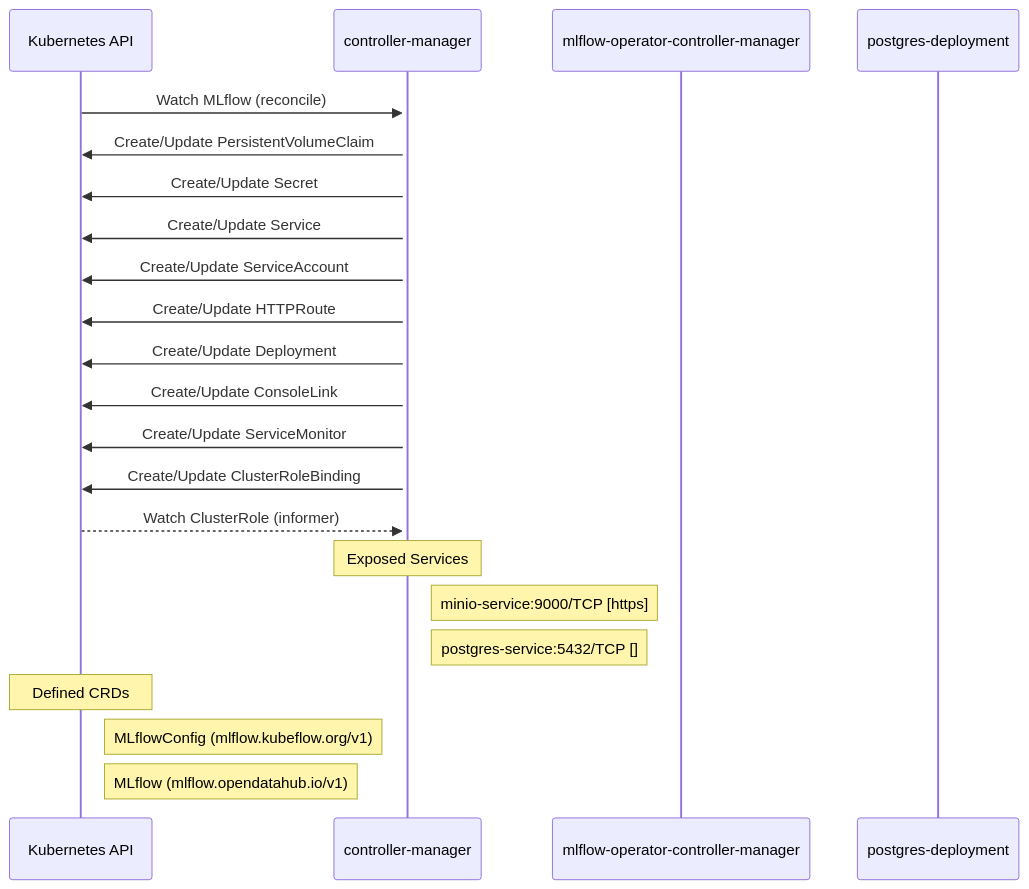
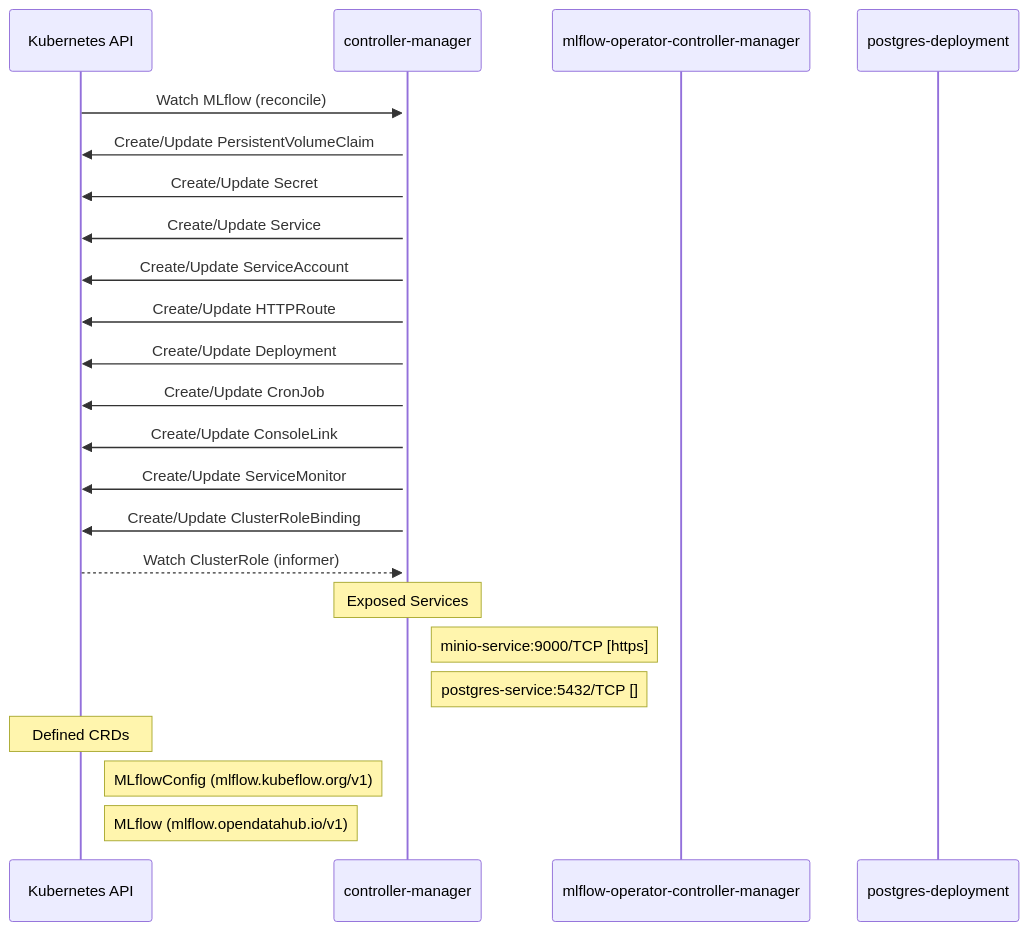
The diagram in site/docs/odh-platform/components/mlflow_operator/dataflow.md (ugiordan/rhoai-architecture-analyzer), drawn with Mermaid before and after one commit. The commit also changed other lines of this file and 152 other files, not shown here.

````diff
--- a/site/docs/odh-platform/components/mlflow_operator/dataflow.md
+++ b/site/docs/odh-platform/components/mlflow_operator/dataflow.md
@@ -25,29 +26,30 @@
 ```mermaid
 sequenceDiagram
     %% Static dataflow for mlflow-operator
 
     participant KubernetesAPI as Kubernetes API
     participant controller_manager as controller-manager
     participant mlflow_operator_controller_manager as mlflow-operator-controller-manager
     participant postgres_deployment as postgres-deployment
 
     KubernetesAPI->>+controller_manager: Watch MLflow (reconcile)
     controller_manager->>KubernetesAPI: Create/Update PersistentVolumeClaim
     controller_manager->>KubernetesAPI: Create/Update Secret
     controller_manager->>KubernetesAPI: Create/Update Service
     controller_manager->>KubernetesAPI: Create/Update ServiceAccount
     controller_manager->>KubernetesAPI: Create/Update HTTPRoute
     controller_manager->>KubernetesAPI: Create/Update Deployment
+    controller_manager->>KubernetesAPI: Create/Update CronJob
     controller_manager->>KubernetesAPI: Create/Update ConsoleLink
     controller_manager->>KubernetesAPI: Create/Update ServiceMonitor
     controller_manager->>KubernetesAPI: Create/Update ClusterRoleBinding
     KubernetesAPI-->>+controller_manager: Watch ClusterRole (informer)
 
     Note over controller_manager: Exposed Services
     Note right of controller_manager: minio-service:9000/TCP [https]
     Note right of controller_manager: postgres-service:5432/TCP []
 
     Note over KubernetesAPI: Defined CRDs
     Note right of KubernetesAPI: MLflowConfig (mlflow.kubeflow.org/v1)
     Note right of KubernetesAPI: MLflow (mlflow.opendatahub.io/v1)
 ```
````
